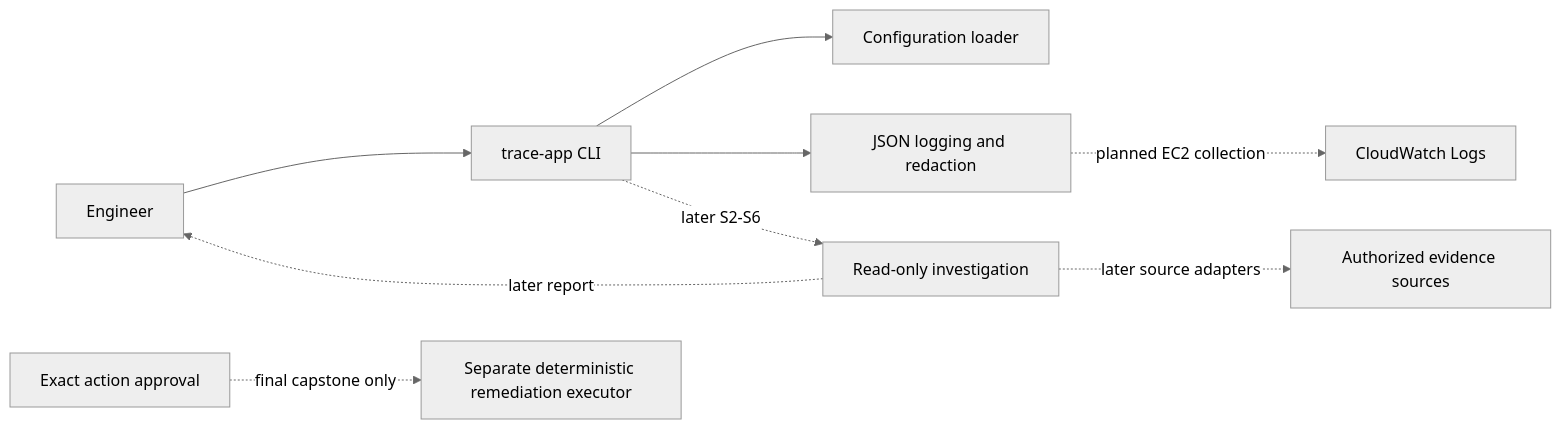
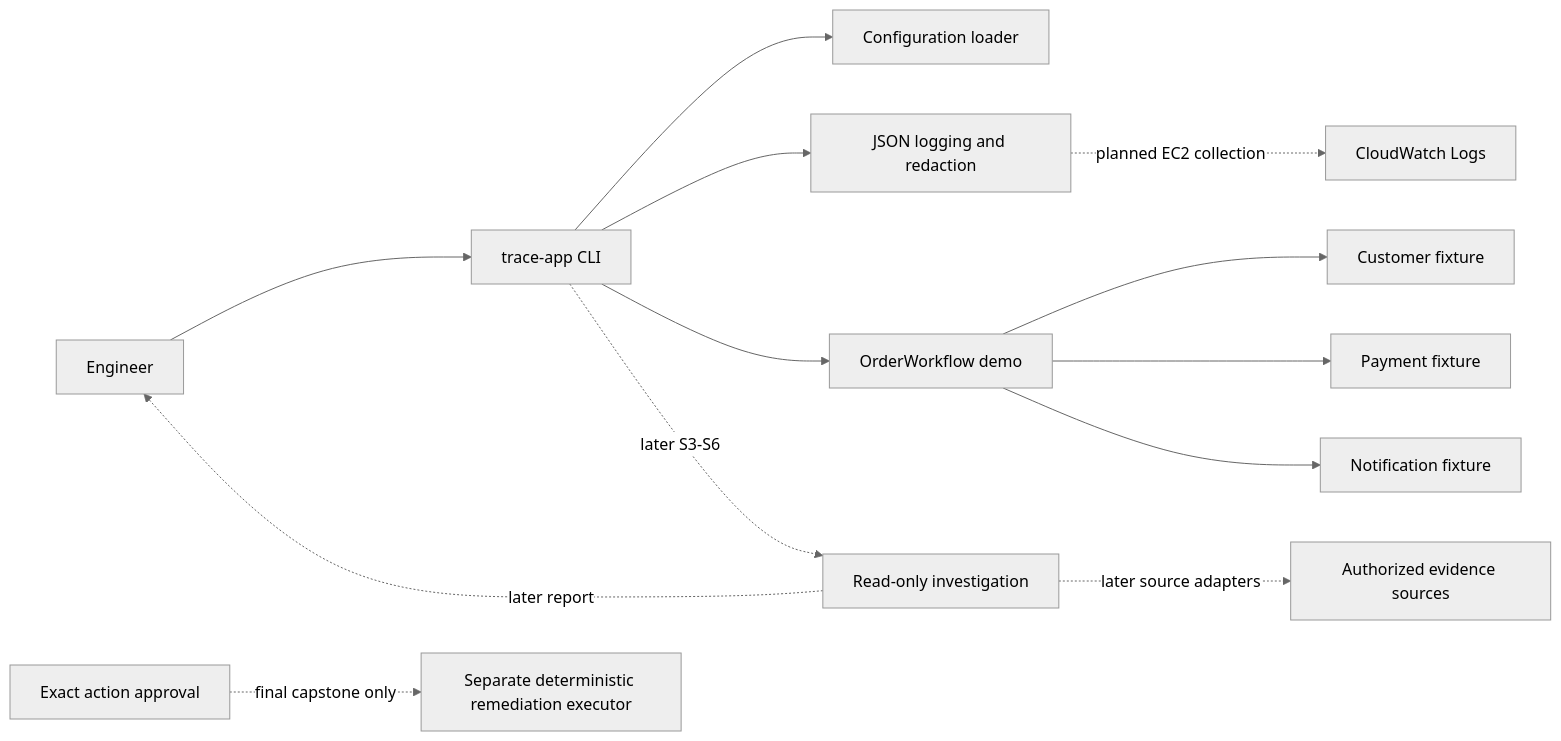
Before and after one commit to krispykrits/TRACE: the diagram in docs/architecture/README.md, drawn with Mermaid (neutral theme). The commit also changed other lines of this file and 13 other files, not shown here.

Commit message:
Add synthetic Order Payment workflow and fixture contracts

````diff
--- a/docs/architecture/README.md
+++ b/docs/architecture/README.md
@@ -5,11 +5,15 @@
 ```mermaid
 flowchart LR
     User[Engineer] --> CLI[trace-app CLI]
     CLI --> Config[Configuration loader]
     CLI --> Log[JSON logging and redaction]
+    CLI --> Demo[OrderWorkflow demo]
+    Demo --> Customer[Customer fixture]
+    Demo --> Payment[Payment fixture]
+    Demo --> Notification[Notification fixture]
     Log -. planned EC2 collection .-> CW[CloudWatch Logs]
-    CLI -. later S2-S6 .-> Investigation[Read-only investigation]
+    CLI -. later S3-S6 .-> Investigation[Read-only investigation]
     Investigation -. later source adapters .-> Sources[Authorized evidence sources]
     Investigation -. later report .-> User
     Approved[Exact action approval] -. final capstone only .-> Executor[Separate deterministic remediation executor]
 ```
````
